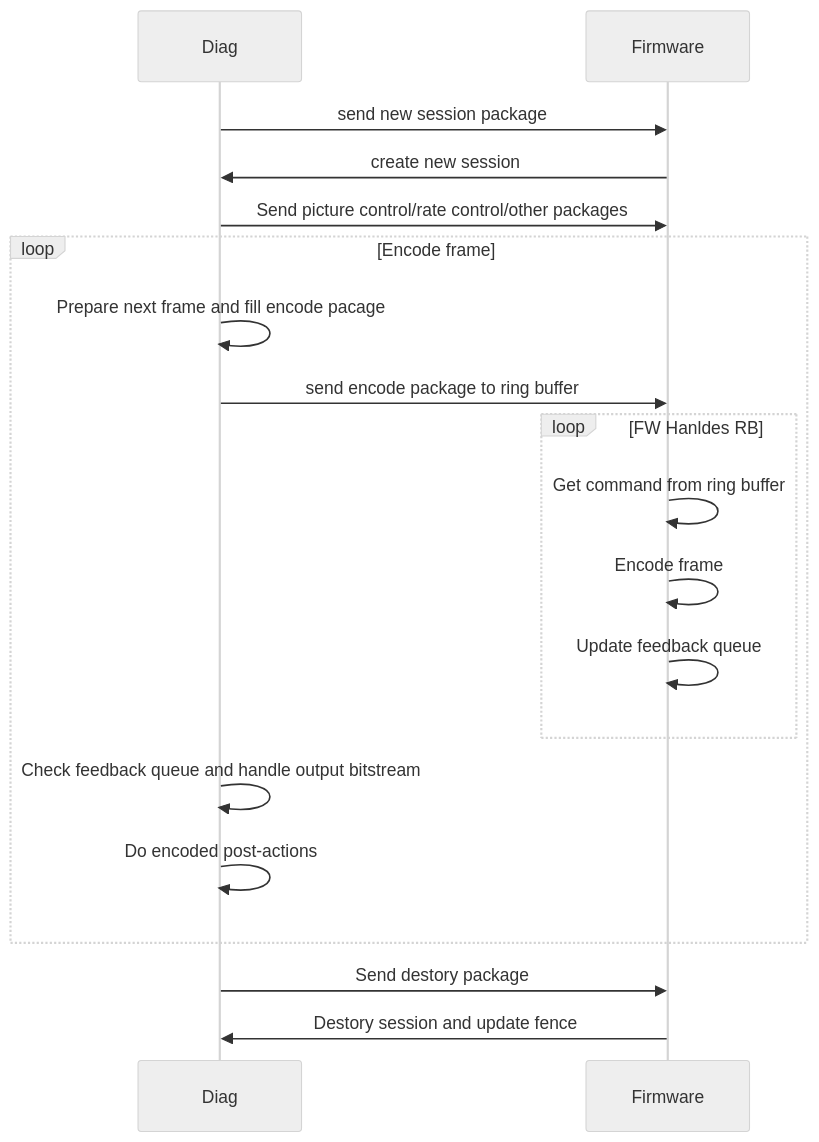
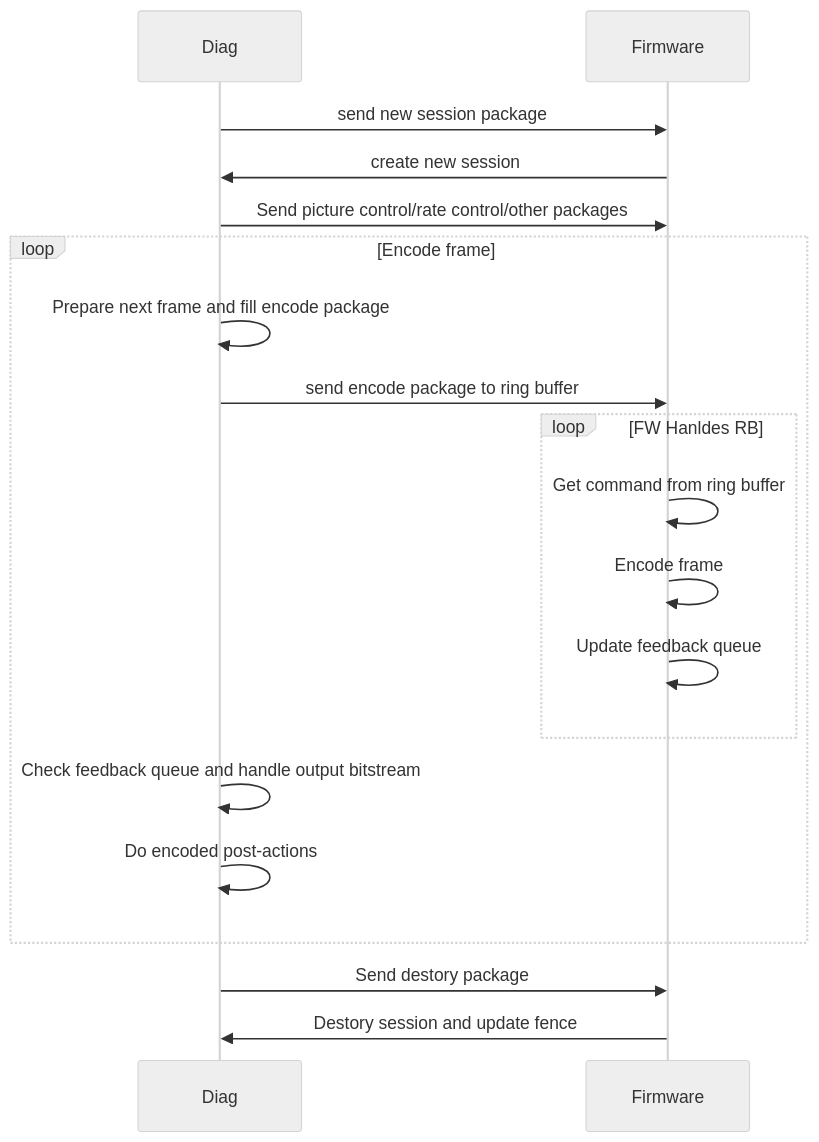
Before and after one commit to godvmxi/godvmxi.github.io: the first of 2 diagrams in source/_drafts/dwb-summary.md, drawn with Mermaid (neutral theme). The commit also changed other lines of this file, not shown here.

Commit message:
add dwb summary draft

````diff
--- a/source/_drafts/dwb-summary.md
+++ b/source/_drafts/dwb-summary.md
@@ -6,22 +6,22 @@
 ```mermaid
 sequenceDiagram
     participant Diag
     participant Firmware
     Diag->>Firmware: send new session package
     Firmware->>Diag: create new session
     Diag->>Firmware: Send picture control/rate control/other packages
     loop Encode frame
-        Diag ->> Diag: Prepare next frame and fill encode pacage
+        Diag ->> Diag: Prepare next frame and fill encode package
         Diag->>Firmware: send encode package to ring buffer
         loop FW Hanldes RB
             Firmware->>Firmware: Get command from ring buffer
             Firmware->>Firmware: Encode frame
             Firmware->>Firmware: Update feedback queue
         end
         Diag->>Diag: Check feedback queue and handle output bitstream
         Diag ->> Diag: Do encoded post-actions
     end
 
     Diag->>Firmware: Send destory package
     Firmware->>Diag: Destory session and update fence
 ```
````
